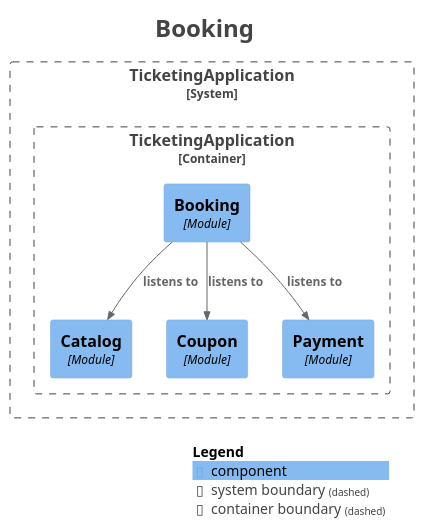
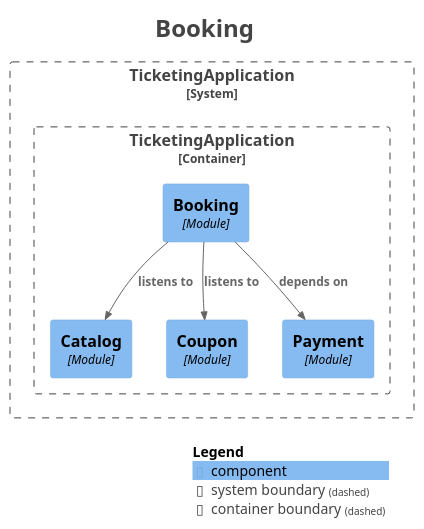
The diagram in docs/modulith/module-booking.puml (jkonury/ticketing), drawn with PlantUML before and after one commit. The commit also changed 71 other files, not shown here.

```diff
--- a/docs/modulith/module-booking.puml
+++ b/docs/modulith/module-booking.puml
@@ -1,34 +1,34 @@
 @startuml
 title <size:24>Booking</size>
 
 set separator none
 top to bottom direction
 
 <style>
   root {
     BackgroundColor: #ffffff
     FontColor: #444444
   }
 </style>
 
 !include <C4/C4>
 !include <C4/C4_Context>
 !include <C4/C4_Component>
 
 System_Boundary("TicketingApplication_boundary", "TicketingApplication", $tags="") {
   Container_Boundary("TicketingApplication.TicketingApplication_boundary", "TicketingApplication", $tags="") {
     Component(TicketingApplication.TicketingApplication.Catalog, "Catalog", $techn="Module", $descr="", $tags="", $link="")
     Component(TicketingApplication.TicketingApplication.Coupon, "Coupon", $techn="Module", $descr="", $tags="", $link="")
     Component(TicketingApplication.TicketingApplication.Payment, "Payment", $techn="Module", $descr="", $tags="", $link="")
     Component(TicketingApplication.TicketingApplication.Booking, "Booking", $techn="Module", $descr="", $tags="", $link="")
   }
 
 }
 
 Rel(TicketingApplication.TicketingApplication.Booking, TicketingApplication.TicketingApplication.Coupon, "listens to", $techn="", $tags="", $link="")
-Rel(TicketingApplication.TicketingApplication.Booking, TicketingApplication.TicketingApplication.Payment, "listens to", $techn="", $tags="", $link="")
 Rel(TicketingApplication.TicketingApplication.Booking, TicketingApplication.TicketingApplication.Catalog, "listens to", $techn="", $tags="", $link="")
+Rel(TicketingApplication.TicketingApplication.Booking, TicketingApplication.TicketingApplication.Payment, "depends on", $techn="", $tags="", $link="")
 
 SHOW_LEGEND(true)
 hide stereotypes
 @enduml
```
